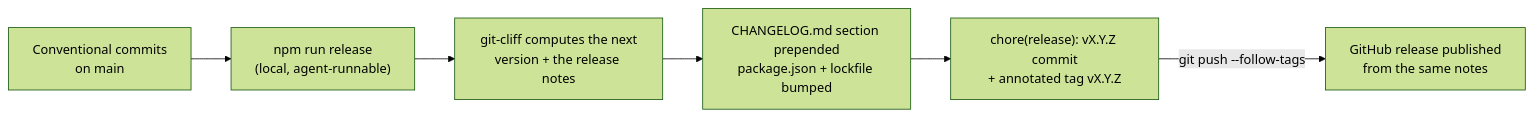
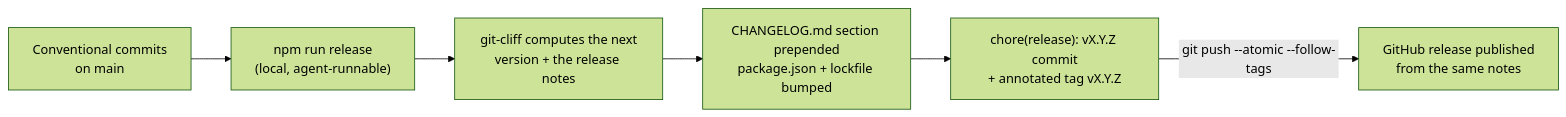
Before and after one commit to semi-sentient/vibe-starter: the third of 3 diagrams in docs/design/TOOLING_DESIGN.md, drawn with Mermaid (forest theme). The commit also changed other lines of this file and 9 other files, not shown here.

````diff
--- a/docs/design/TOOLING_DESIGN.md
+++ b/docs/design/TOOLING_DESIGN.md
@@ -473,8 +481,8 @@
 ```mermaid
 flowchart LR
   Commits[Conventional commits<br/>on main] --> Run["npm run release<br/>(local, agent-runnable)"]
   Run --> Cliff[git-cliff computes the next<br/>version + the release notes]
   Cliff --> Write["CHANGELOG.md section prepended<br/>package.json + lockfile bumped"]
   Write --> Tag["chore(release): vX.Y.Z commit<br/>+ annotated tag vX.Y.Z"]
-  Tag -->|git push --follow-tags| GH[GitHub release published<br/>from the same notes]
+  Tag -->|"git push --atomic --follow-tags"| GH[GitHub release published<br/>from the same notes]
 ```
````
